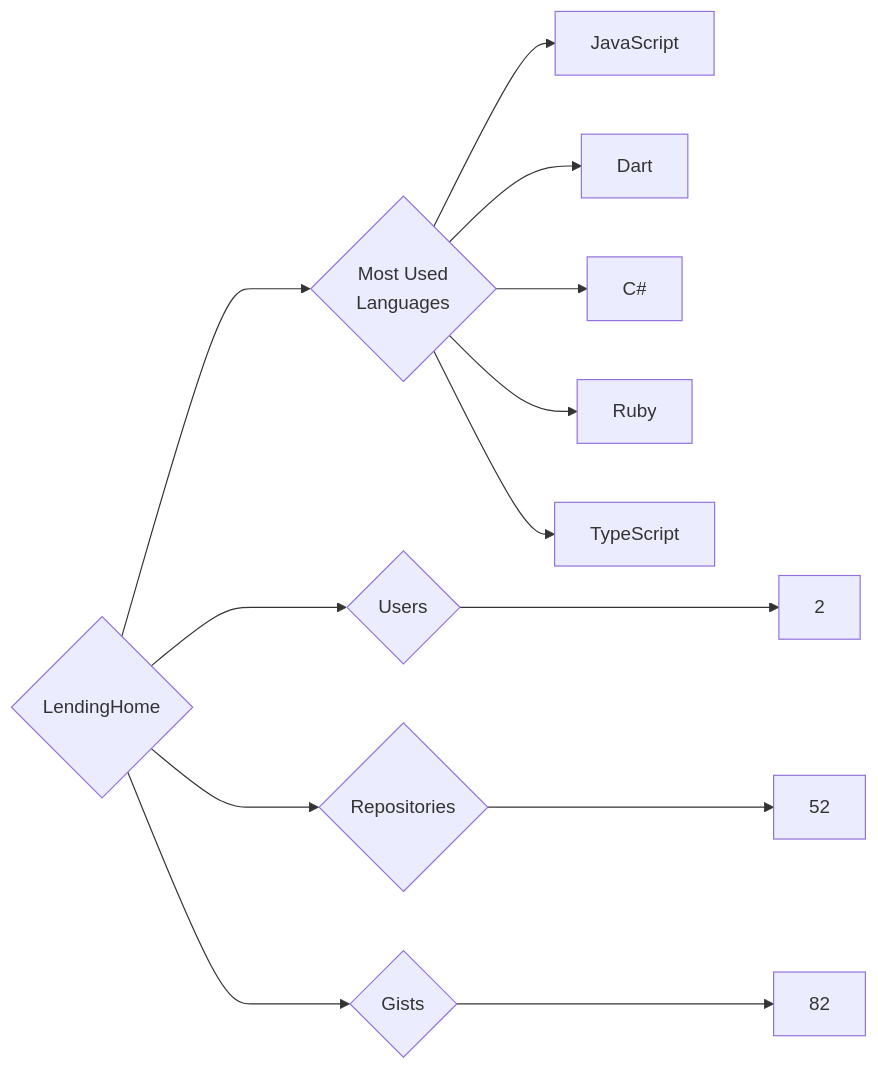
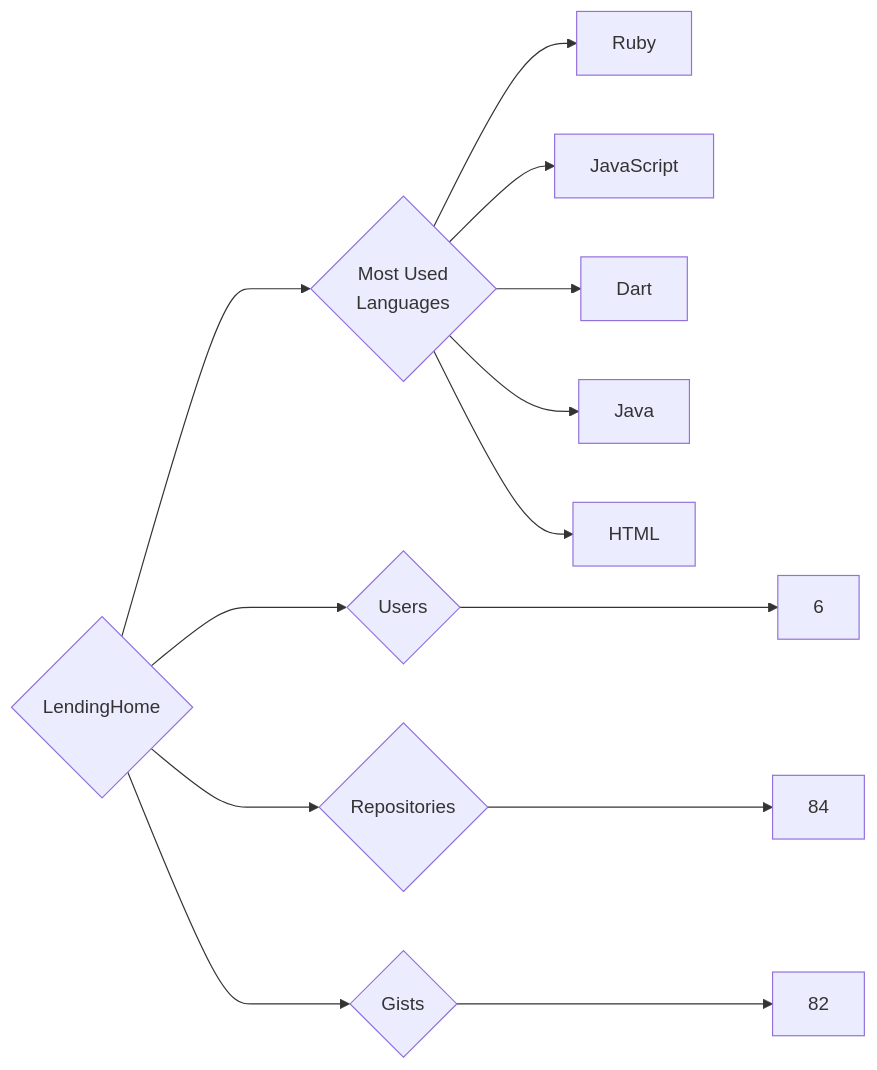
One commit to trickest/insiders changed the diagram in targets/LendingHome/README.md. Above: the diagram before and after it, drawn with Mermaid. The commit also changed 782 other files, not shown here.

````diff
--- a/targets/LendingHome/README.md
+++ b/targets/LendingHome/README.md
@@ -3,13 +3,13 @@
 ```mermaid
 graph LR
 COMPANY_NAME{LendingHome}
-COMPANY_NAME ---> U{Users} ---> UN[2]
-COMPANY_NAME ---> R{Repositories} ---> RN[52]
+COMPANY_NAME ---> U{Users} ---> UN[6]
+COMPANY_NAME ---> R{Repositories} ---> RN[84]
 COMPANY_NAME ---> G{Gists} ---> GN[82]
 COMPANY_NAME ---> ML{Most Used<br>Languages}
+ML --> Ruby[Ruby]
 ML --> JavaScript[JavaScript]
 ML --> Dart[Dart]
-ML --> C#[C#]
-ML --> Ruby[Ruby]
-ML --> TypeScript[TypeScript]
+ML --> Java[Java]
+ML --> HTML[HTML]
 ```
````
